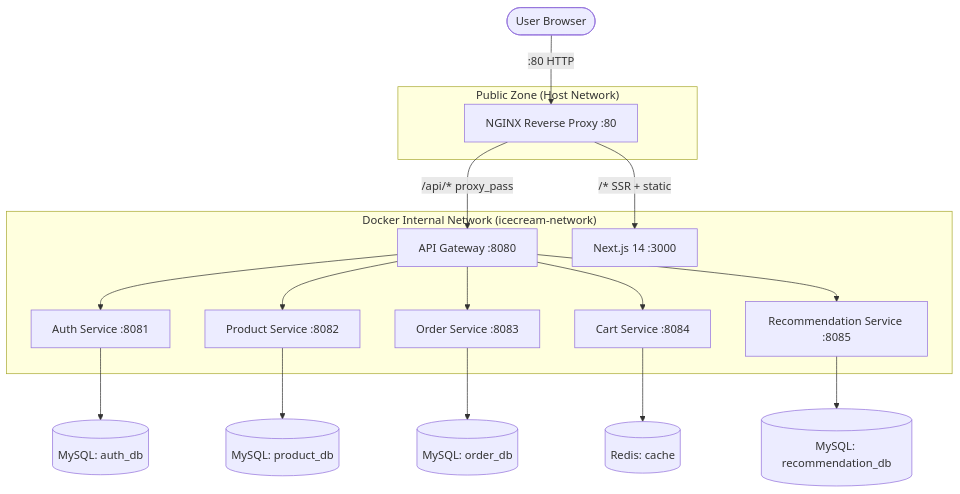
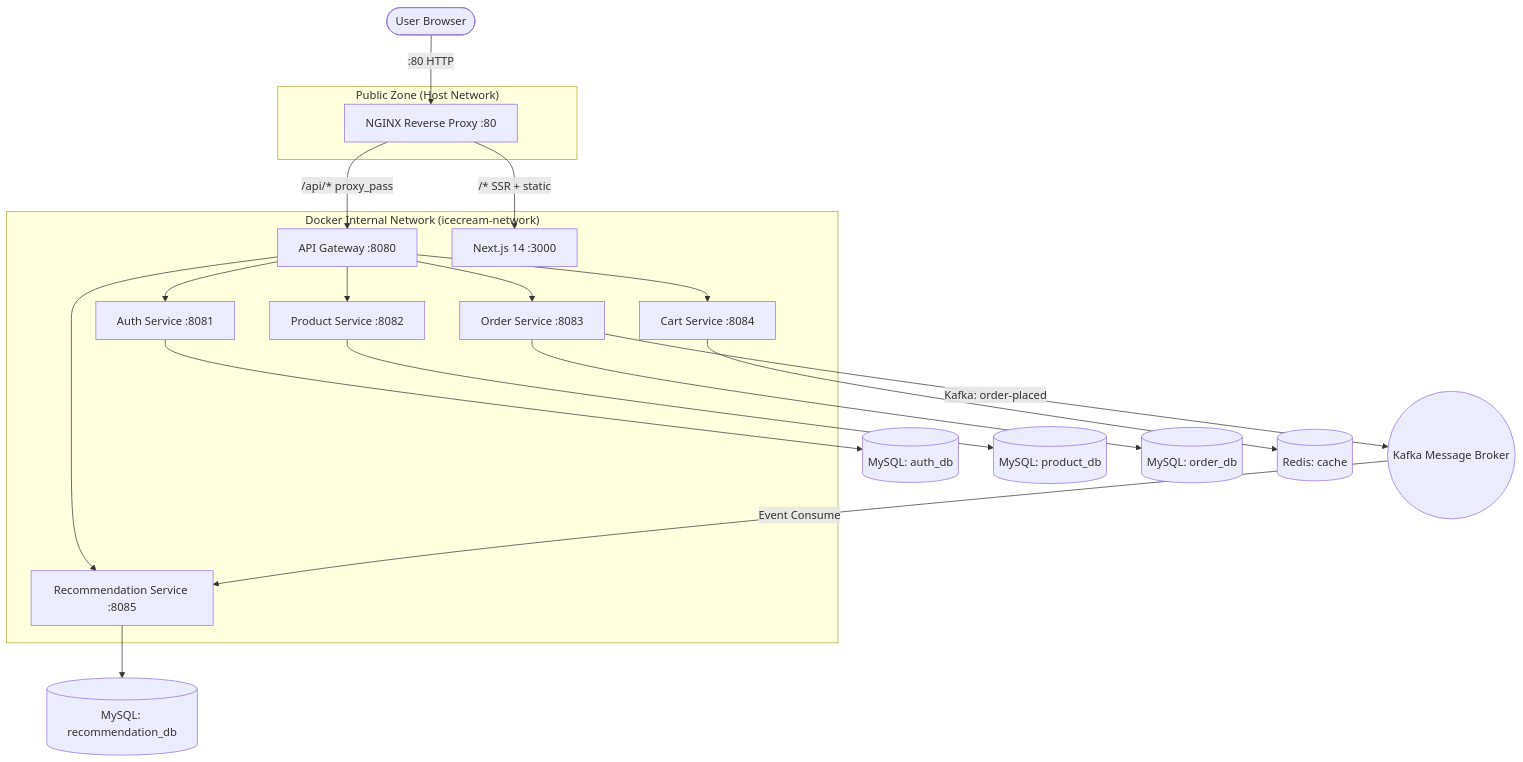
Before and after one commit to AkhilMylaram/IceCream-Hub: the diagram in architecture.md, drawn with Mermaid. The commit also changed other lines of this file and 22 other files, not shown here.

````diff
--- a/architecture.md
+++ b/architecture.md
@@ -11,25 +11,27 @@
 ```mermaid
 graph TD
     User([User Browser]) -->|:80 HTTP| NGINX[NGINX Reverse Proxy :80]
 
     subgraph Public_Zone ["Public Zone (Host Network)"]
         NGINX
     end
 
     subgraph Docker_Network ["Docker Internal Network (icecream-network)"]
         NGINX -->|/api/* proxy_pass| Gateway[API Gateway :8080]
         NGINX -->|/* SSR + static| Frontend[Next.js 14 :3000]
 
         Gateway --> Auth[Auth Service :8081]
         Gateway --> Product[Product Service :8082]
         Gateway --> Order[Order Service :8083]
         Gateway --> Cart[Cart Service :8084]
         Gateway --> Rec[Recommendation Service :8085]
     end
 
     Auth --> AuthDB[(MySQL: auth_db)]
     Product --> ProductDB[(MySQL: product_db)]
     Order --> OrderDB[(MySQL: order_db)]
+    Order -->|Kafka: order-placed| KafkaBroker((Kafka Message Broker))
     Cart --> CartCache[(Redis: cache)]
+    KafkaBroker -->|Event Consume| Rec
     Rec --> RecDB[(MySQL: recommendation_db)]
 ```
````
